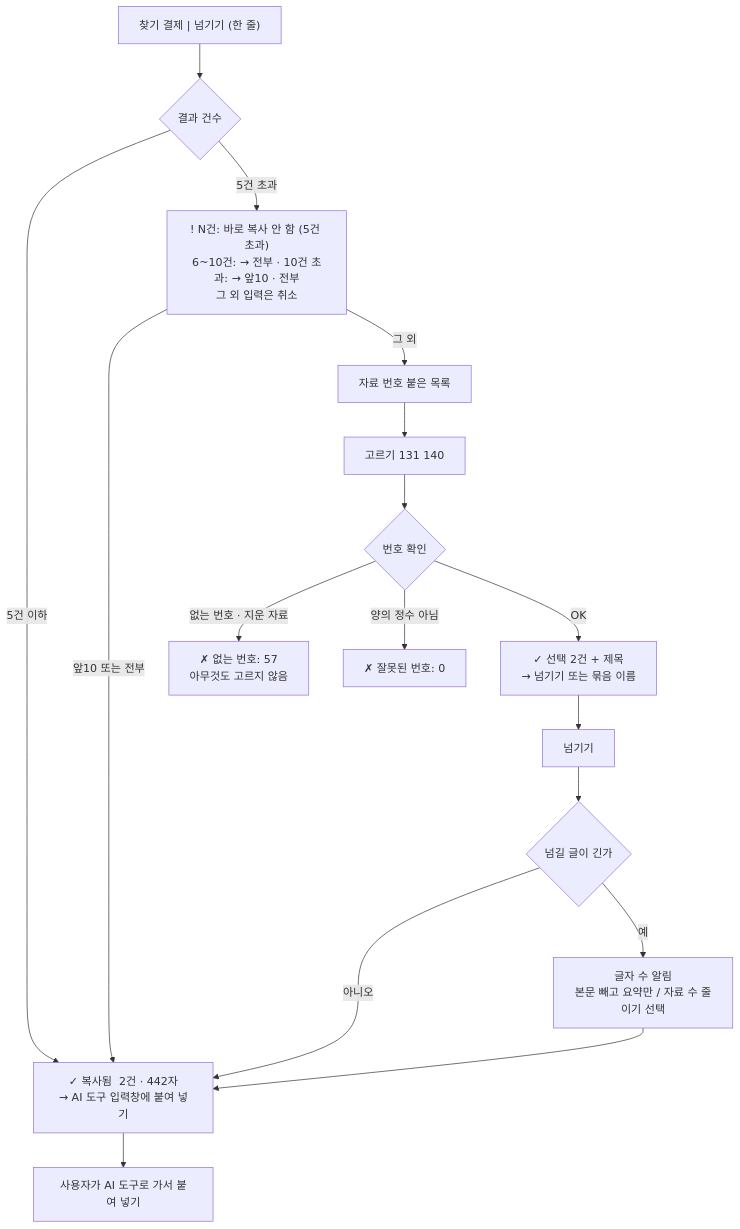
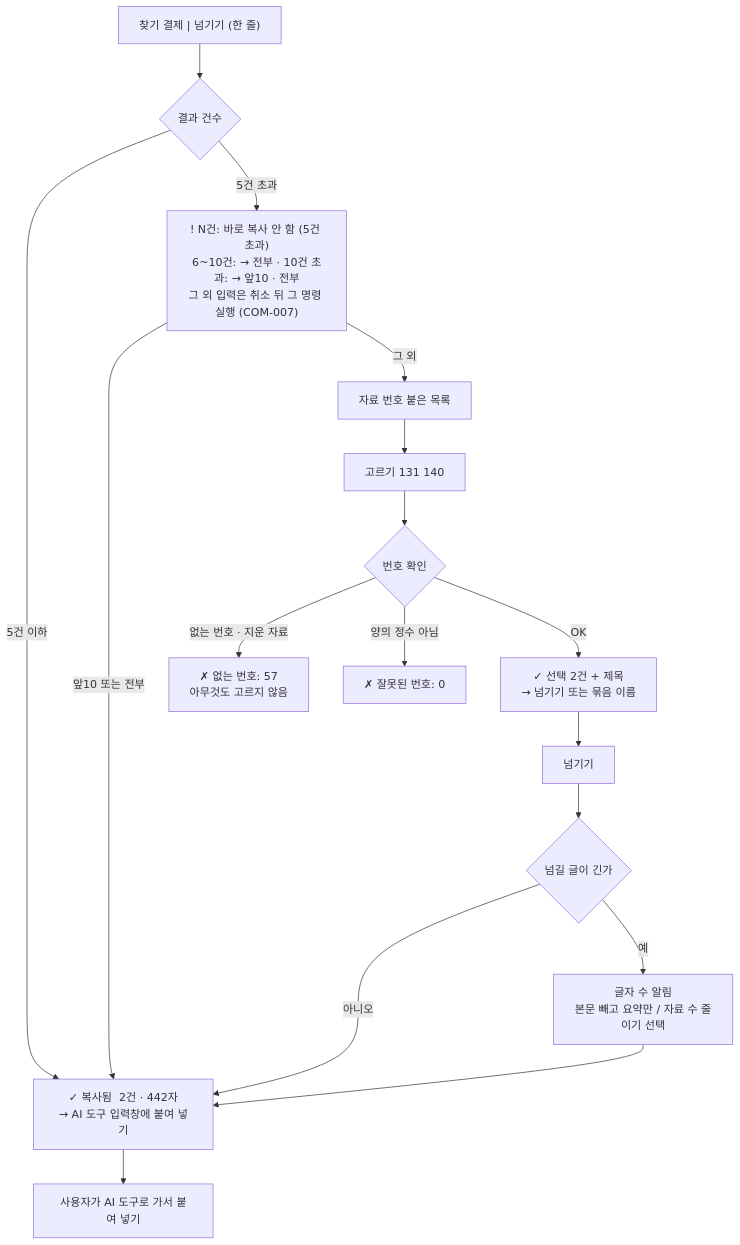
The sixth of 10 diagrams in docs/planning/user-flow.md (delightPIP/grep), drawn with Mermaid before and after one commit. The commit also changed other lines of this file and 12 other files, not shown here.

````diff
--- a/docs/planning/user-flow.md
+++ b/docs/planning/user-flow.md
@@ -187,20 +187,20 @@
 ```mermaid
 flowchart TD
     A["자료 번호 붙은 목록"] --> B["고르기 131 140"]
     B --> C{"번호 확인"}
     C -- "없는 번호 · 지운 자료" --> D["✗ 없는 번호: 57<br/>아무것도 고르지 않음"]
     C -- "양의 정수 아님" --> E["✗ 잘못된 번호: 0"]
     C -- "OK" --> F["✓ 선택 2건 + 제목<br/>→ 넘기기 또는 묶음 이름"]
     F --> G["넘기기"]
     G --> H{"넘길 글이 긴가"}
     H -- "아니오" --> I["✓ 복사됨  2건 · 442자<br/>→ AI 도구 입력창에 붙여 넣기"]
     H -- "예" --> J["글자 수 알림<br/>본문 빼고 요약만 / 자료 수 줄이기 선택"]
     J --> I
     I --> K["사용자가 AI 도구로 가서 붙여 넣기"]
 
     P["찾기 결제 | 넘기기 (한 줄)"] --> Q{"결과 건수"}
     Q -- "5건 이하" --> I
-    Q -- "5건 초과" --> R["! N건: 바로 복사 안 함 (5건 초과)<br/>6~10건: → 전부 · 10건 초과: → 앞10 · 전부<br/>그 외 입력은 취소"]
+    Q -- "5건 초과" --> R["! N건: 바로 복사 안 함 (5건 초과)<br/>6~10건: → 전부 · 10건 초과: → 앞10 · 전부<br/>그 외 입력은 취소 뒤 그 명령 실행 (COM-007)"]
     R -- "앞10 또는 전부" --> I
     R -- "그 외" --> A
 ```
````
